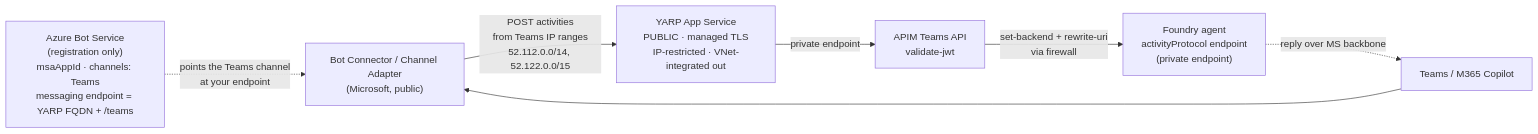
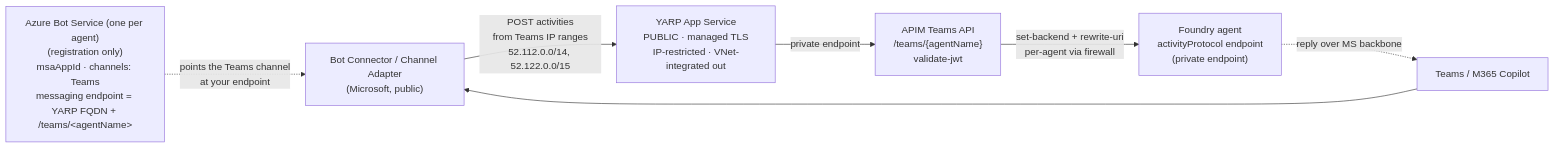
Before and after one commit to graemefoster/locked-down-foundry-m365-agent: the diagram in docs/teams-m365.md, drawn with Mermaid. The commit also changed other lines of this file and 13 other files, not shown here.

First line of the commit message:
Teams publish: path-routed multi-agent + gateway-always-on

````diff
--- a/docs/teams-m365.md
+++ b/docs/teams-m365.md
@@ -31,10 +36,10 @@
 ```mermaid
 flowchart LR
-    reg["Azure Bot Service<br/>(registration only)<br/>msaAppId · channels: Teams<br/>messaging endpoint = YARP FQDN + /teams"]
+    reg["Azure Bot Service (one per agent)<br/>(registration only)<br/>msaAppId · channels: Teams<br/>messaging endpoint = YARP FQDN + /teams/&lt;agentName&gt;"]
     T["Teams / M365 Copilot"] --> CONN["Bot Connector / Channel Adapter<br/>(Microsoft, public)"]
     reg -. "points the Teams channel<br/>at your endpoint" .-> CONN
     CONN -->|"POST activities<br/>from Teams IP ranges<br/>52.112.0.0/14, 52.122.0.0/15"| YARP["YARP App Service<br/>PUBLIC · managed TLS<br/>IP-restricted · VNet-integrated out"]
-    YARP -->|private endpoint| APIM["APIM Teams API<br/>validate-jwt"]
-    APIM -->|"set-backend + rewrite-uri<br/>via firewall"| FDRY["Foundry agent<br/>activityProtocol endpoint<br/>(private endpoint)"]
+    YARP -->|private endpoint| APIM["APIM Teams API<br/>/teams/{agentName}<br/>validate-jwt"]
+    APIM -->|"set-backend + rewrite-uri<br/>per-agent via firewall"| FDRY["Foundry agent<br/>activityProtocol endpoint<br/>(private endpoint)"]
     FDRY -.->|reply over MS backbone| T
 ```
````
